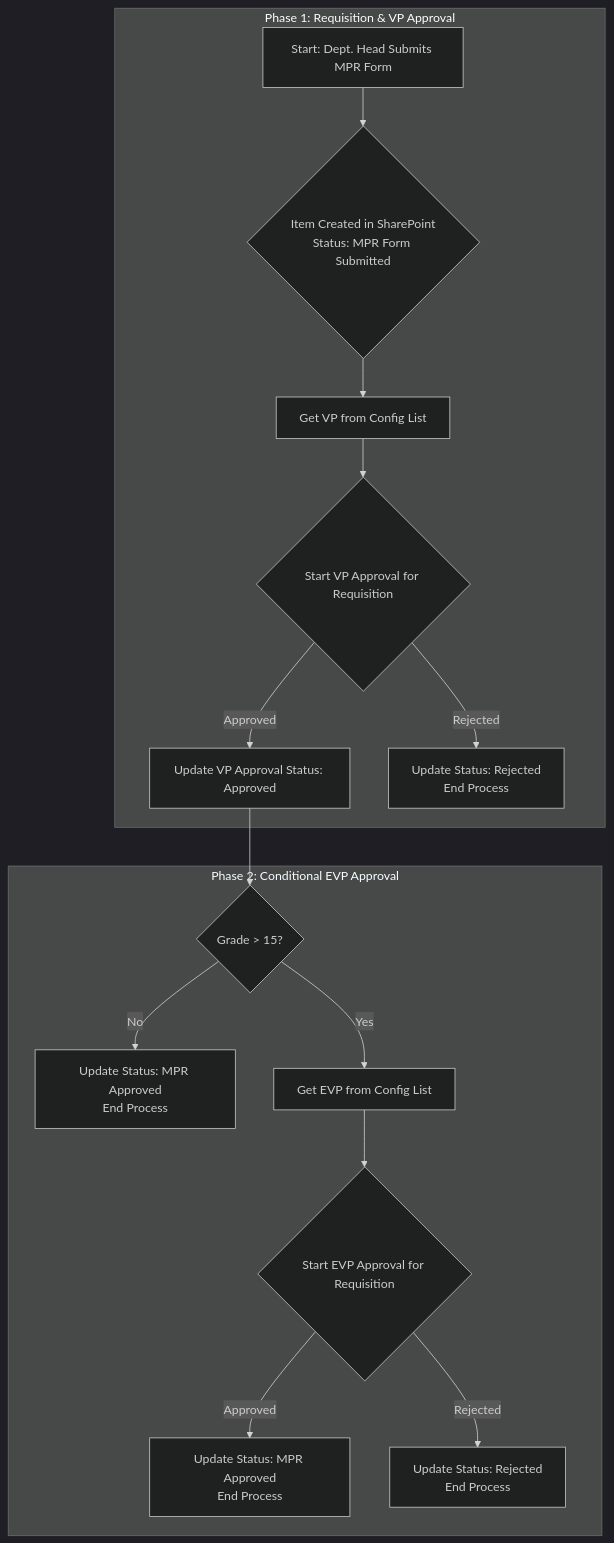
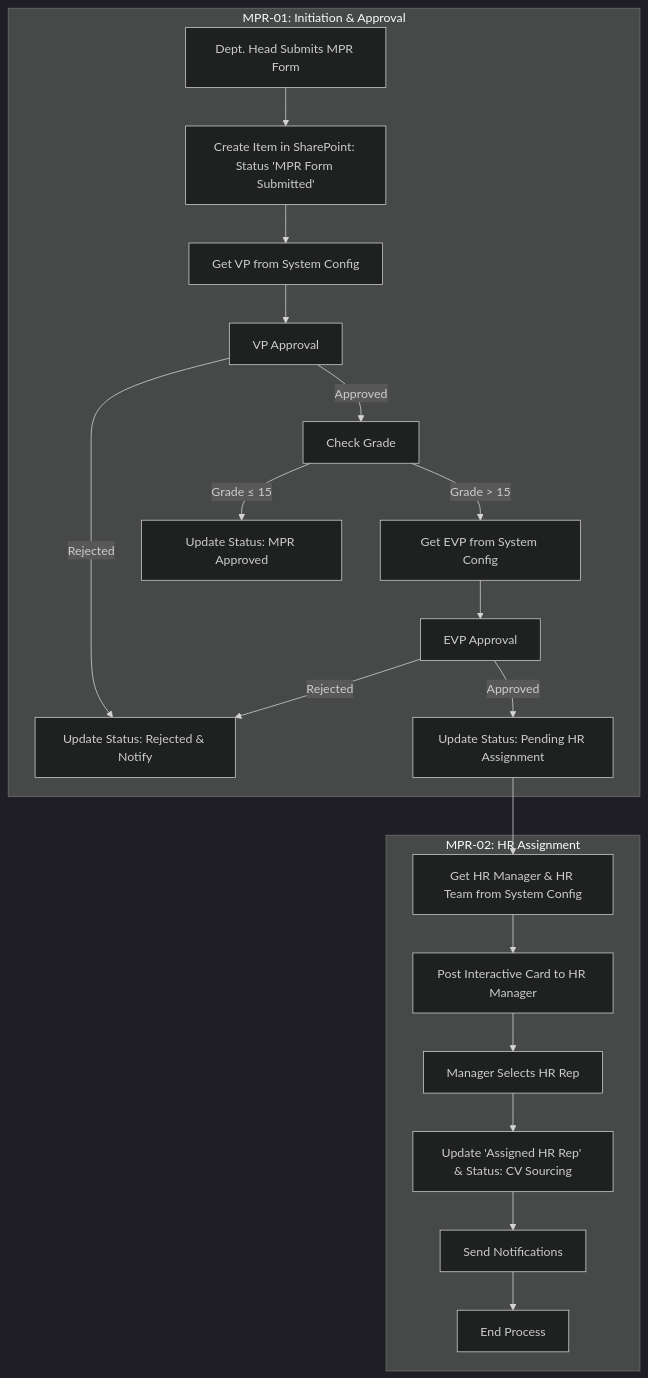
Before and after one commit to ahuraira/integrated-hr-recruitment-tracker: the first of 2 diagrams in docs/1-System-Architecture.md, drawn with Mermaid (dark theme). The commit also changed other lines of this file and 3 other files, not shown here.

````diff
--- a/docs/1-System-Architecture.md
+++ b/docs/1-System-Architecture.md
@@ -15,19 +15,23 @@
 ```mermaid
 graph TD
-    subgraph "Phase 1: Requisition & VP Approval"
-        A[Start: Dept. Head Submits MPR Form] --> B{Item Created in SharePoint<br>Status: MPR Form Submitted};
-        B --> C[Get VP from Config List];
-        C --> D{Start VP Approval for Requisition};
-        D -->|Approved| E[Update VP Approval Status: Approved];
-        D -->|Rejected| F[Update Status: Rejected<br>End Process];
+    subgraph "MPR-01: Initiation & Approval"
+        A[Dept. Head Submits MPR Form] --> B[Create Item in SharePoint: Status 'MPR Form Submitted'];
+        B --> C[Get VP from System Config];
+        C --> D[VP Approval];
+        D -->|Rejected| R[Update Status: Rejected & Notify]
+        D -->|Approved| E[Check Grade]
+        E -->|Grade > 15| F[Get EVP from System Config]
+        F --> G[EVP Approval]
+        G -->|Rejected| R
+        G -->|Approved| H[Update Status: Pending HR Assignment]
+        E -->|Grade ≤ 15| I[Update Status: MPR Approved]
     end
-
-    subgraph "Phase 2: Conditional EVP Approval"
-        E --> G{Grade > 15?};
-        G -->|No| H[Update Status: MPR Approved<br>End Process];
-        G -->|Yes| I[Get EVP from Config List];
-        I --> J{Start EVP Approval for Requisition};
-        J -->|Approved| K[Update Status: MPR Approved<br>End Process];
-        J -->|Rejected| L[Update Status: Rejected<br>End Process];
+    subgraph "MPR-02: HR Assignment"
+        H --> J[Get HR Manager & HR Team from System Config]
+        J --> K[Post Interactive Card to HR Manager]
+        K --> L[Manager Selects HR Rep]
+        L --> M[Update 'Assigned HR Rep' & Status: CV Sourcing]
+        M --> N[Send Notifications]
+        N --> Z[End Process]
     end
 ```
````
